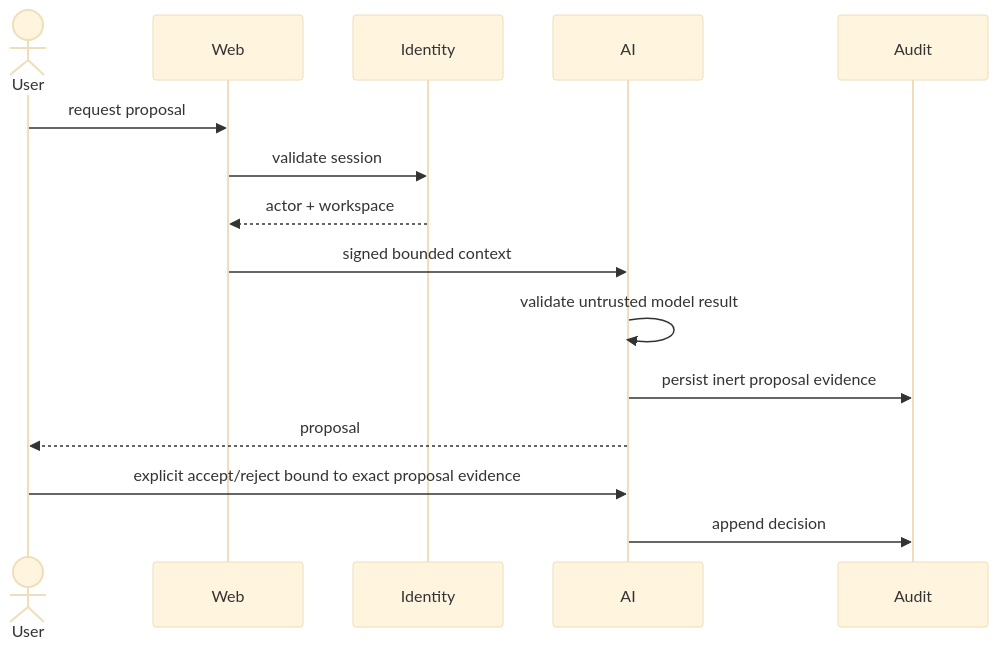
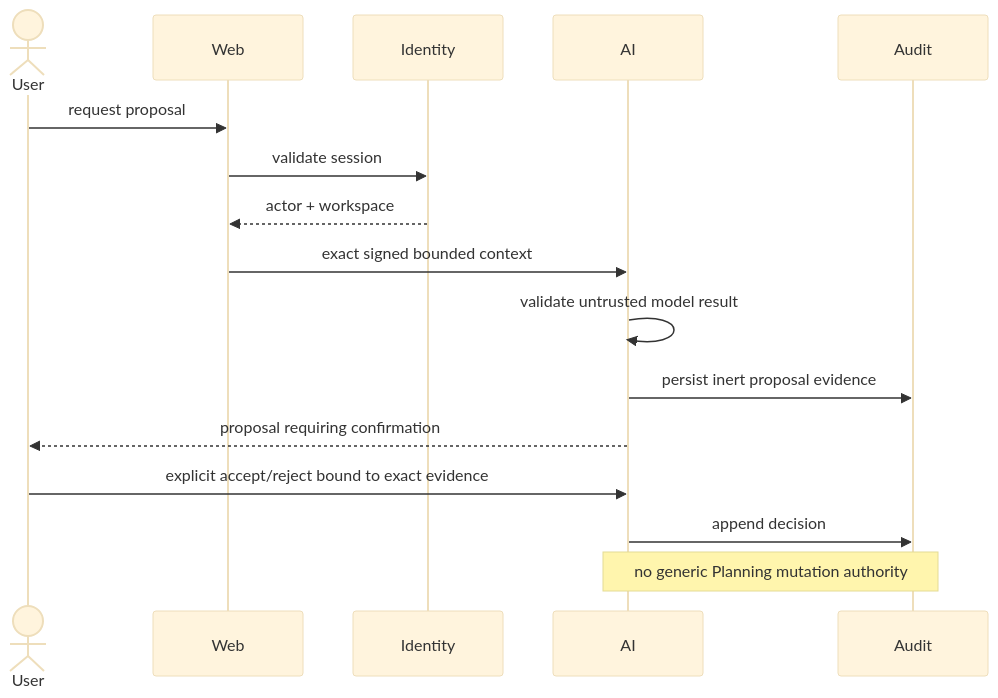
One commit to ContextualWisdomLab/life-os changed diagram 11 of 15 in docs/UML.md. Above: the diagram before and after it, drawn with Mermaid (base theme). The commit also changed other lines of this file and 12 other files, not shown here.

````diff
--- a/docs/UML.md
+++ b/docs/UML.md
@@ -137,17 +231,18 @@
 ```mermaid
 sequenceDiagram
     actor User
     participant Web
     participant Identity
     participant AI
     participant Audit
     User->>Web: request proposal
     Web->>Identity: validate session
     Identity-->>Web: actor + workspace
-    Web->>AI: signed bounded context
+    Web->>AI: exact signed bounded context
     AI->>AI: validate untrusted model result
     AI->>Audit: persist inert proposal evidence
-    AI-->>User: proposal
-    User->>AI: explicit accept/reject bound to exact proposal evidence
+    AI-->>User: proposal requiring confirmation
+    User->>AI: explicit accept/reject bound to exact evidence
     AI->>Audit: append decision
+    Note over AI,Audit: no generic Planning mutation authority
 ```
````
